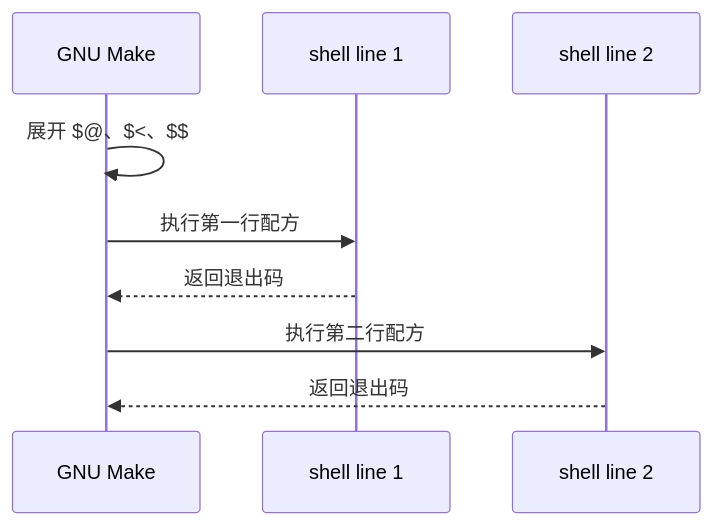
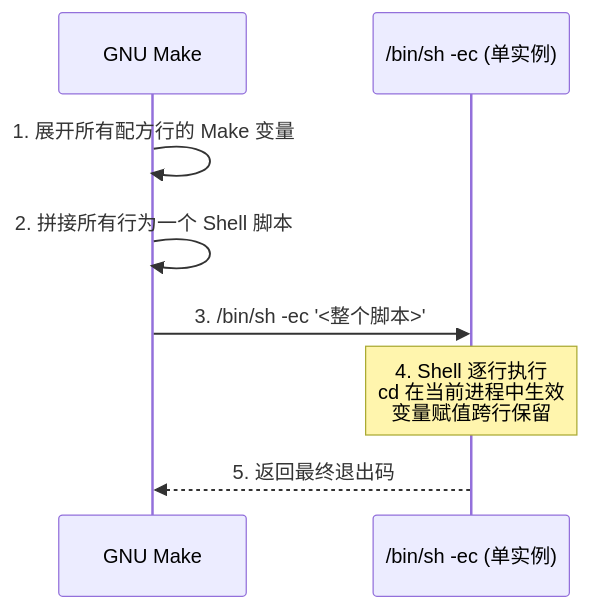
Before and after one commit to AuroraYaus/ic: the second of 2 diagrams in tools/concepts/04-Makefile配方与Shell.md, drawn with Mermaid. The commit also changed other lines of this file and 1 other file, not shown here.

````diff
--- a/tools/concepts/04-Makefile配方与Shell.md
+++ b/tools/concepts/04-Makefile配方与Shell.md
@@ -105,12 +195,12 @@
 ```mermaid
 %%{init: {'theme': 'default'}}%%
 sequenceDiagram
     participant M as GNU Make
-    participant S1 as shell line 1
-    participant S2 as shell line 2
-    M->>M: 展开 $@、$<、$$
-    M->>S1: 执行第一行配方
-    S1-->>M: 返回退出码
-    M->>S2: 执行第二行配方
-    S2-->>M: 返回退出码
+    participant S as /bin/sh -ec (单实例)
+
+    M->>M: 1. 展开所有配方行的 Make 变量
+    M->>M: 2. 拼接所有行为一个 Shell 脚本
+    M->>S: 3. /bin/sh -ec '<整个脚本>'
+    Note over S: 4. Shell 逐行执行<br/>cd 在当前进程中生效<br/>变量赋值跨行保留
+    S-->>M: 5. 返回最终退出码
 ```
````
